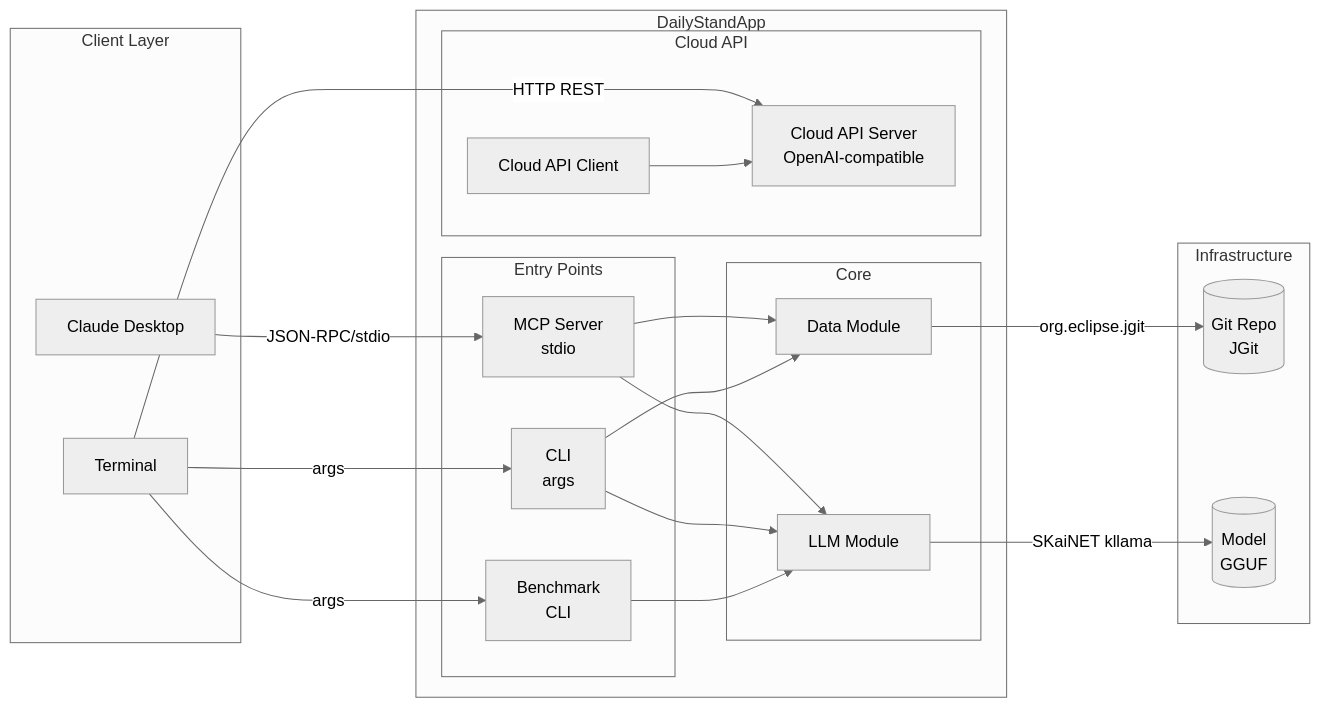
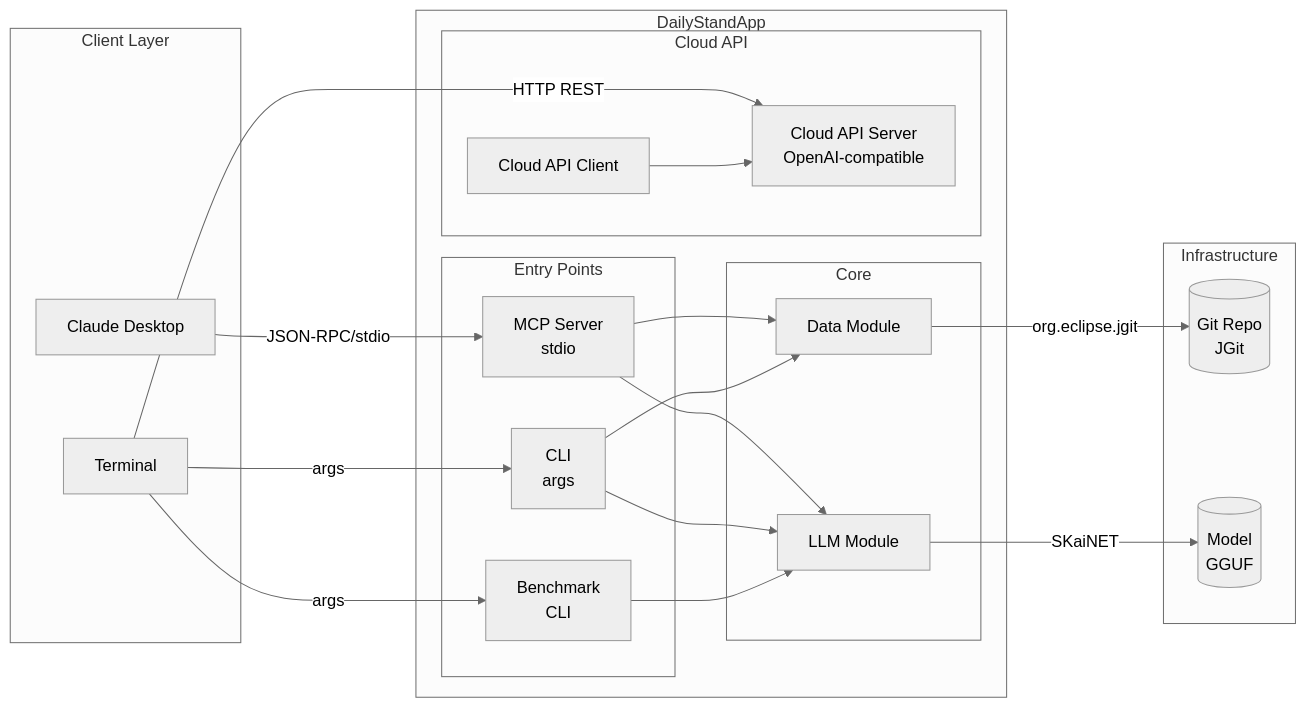
One commit to michalharakal/Daily-StandAPP changed the second of 3 diagrams in docs/modules/architecture/pages/03-context-scope.adoc. Above: the diagram before and after it, drawn with Mermaid (neutral theme). The commit also changed other lines of this file and 38 other files, not shown here.

```diff
--- a/docs/modules/architecture/pages/03-context-scope.adoc
+++ b/docs/modules/architecture/pages/03-context-scope.adoc
@@ -70,46 +70,46 @@
 [mermaid]
 ----
 flowchart LR
     subgraph "Client Layer"
         CLAUDE[Claude Desktop]
         TERMINAL[Terminal]
     end
 
     subgraph "DailyStandApp"
         subgraph "Entry Points"
             MCP[MCP Server<br/>stdio]
             CLI[CLI<br/>args]
             BENCH[Benchmark<br/>CLI]
         end
 
         subgraph "Core"
             LLM[LLM Module]
             DATA[Data Module]
         end
 
         subgraph "Cloud API"
             APISERVER[Cloud API Server<br/>OpenAI-compatible]
             APICLIENT[Cloud API Client]
         end
     end
 
     subgraph "Infrastructure"
         GIT[(Git Repo<br/>JGit)]
         GGUF[(Model<br/>GGUF)]
     end
 
     CLAUDE -->|"JSON-RPC/stdio"| MCP
     TERMINAL -->|"args"| CLI
     TERMINAL -->|"args"| BENCH
     TERMINAL -->|"HTTP REST"| APISERVER
 
     MCP --> LLM
     MCP --> DATA
     CLI --> LLM
     CLI --> DATA
     BENCH --> LLM
     APICLIENT --> APISERVER
 
     DATA -->|"org.eclipse.jgit"| GIT
-    LLM -->|"SKaiNET kllama"| GGUF
+    LLM -->|"SKaiNET"| GGUF
 ----
```
